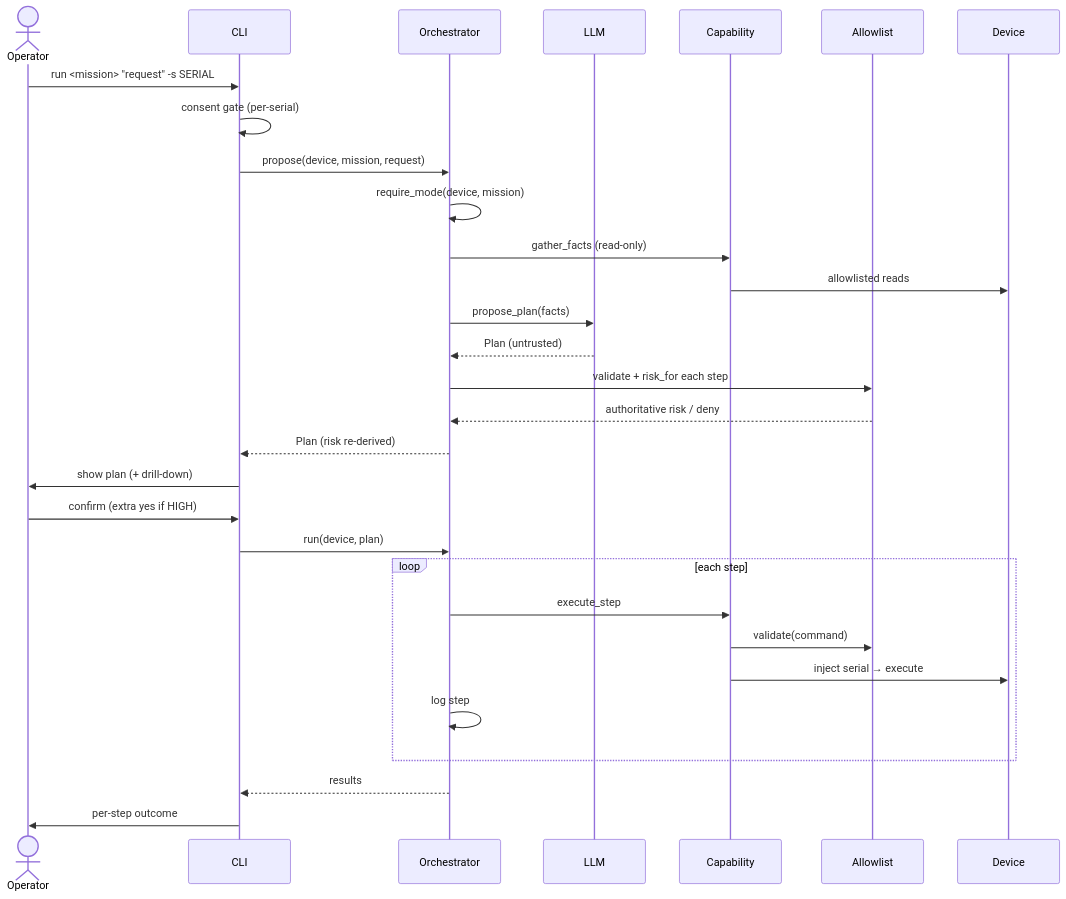
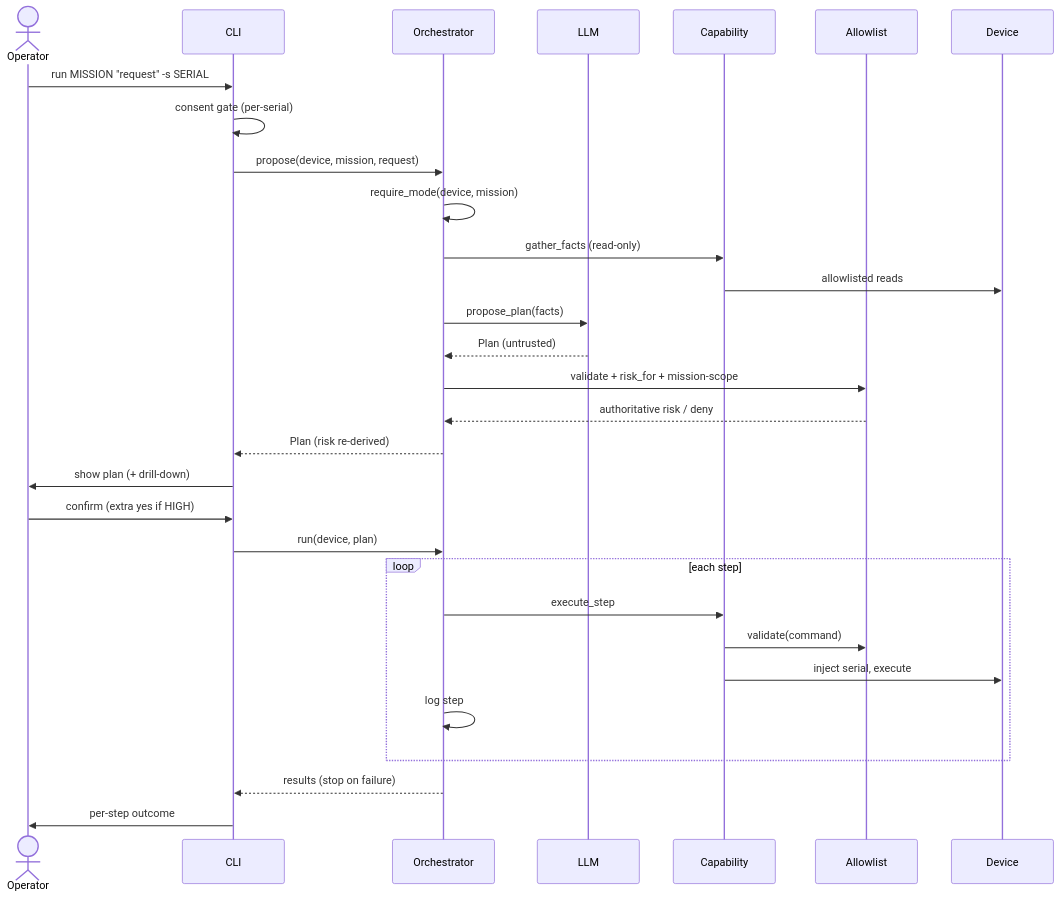
The third of 4 diagrams in docs/DIAGRAMS.md (andreshma/android-agent), drawn with Mermaid before and after one commit. The commit also changed other lines of this file and 2 other files, not shown here.

First line of the commit message:
docs: convert all diagrams to Mermaid and make them consistent

````diff
--- a/docs/DIAGRAMS.md
+++ b/docs/DIAGRAMS.md
@@ -54,33 +54,33 @@
 ```mermaid
 sequenceDiagram
     actor Op as Operator
     participant CLI
     participant Orch as Orchestrator
     participant LLM
     participant Cap as Capability
     participant AL as Allowlist
     participant Dev as Device
 
-    Op->>CLI: run <mission> "request" -s SERIAL
+    Op->>CLI: run MISSION "request" -s SERIAL
     CLI->>CLI: consent gate (per-serial)
     CLI->>Orch: propose(device, mission, request)
     Orch->>Orch: require_mode(device, mission)
     Orch->>Cap: gather_facts (read-only)
     Cap->>Dev: allowlisted reads
     Orch->>LLM: propose_plan(facts)
     LLM-->>Orch: Plan (untrusted)
-    Orch->>AL: validate + risk_for each step
+    Orch->>AL: validate + risk_for + mission-scope
     AL-->>Orch: authoritative risk / deny
     Orch-->>CLI: Plan (risk re-derived)
     CLI->>Op: show plan (+ drill-down)
     Op->>CLI: confirm (extra yes if HIGH)
     CLI->>Orch: run(device, plan)
     loop each step
         Orch->>Cap: execute_step
         Cap->>AL: validate(command)
-        Cap->>Dev: inject serial → execute
+        Cap->>Dev: inject serial, execute
         Orch->>Orch: log step
     end
-    Orch-->>CLI: results
+    Orch-->>CLI: results (stop on failure)
     CLI->>Op: per-step outcome
 ```
````
